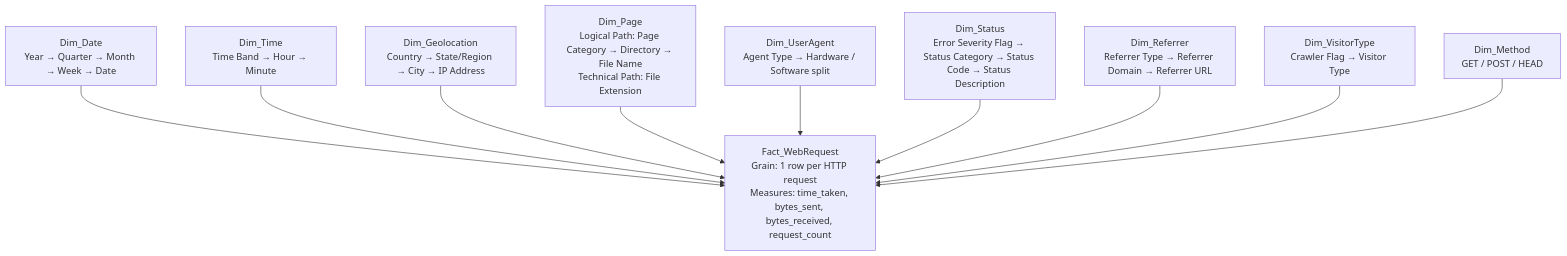
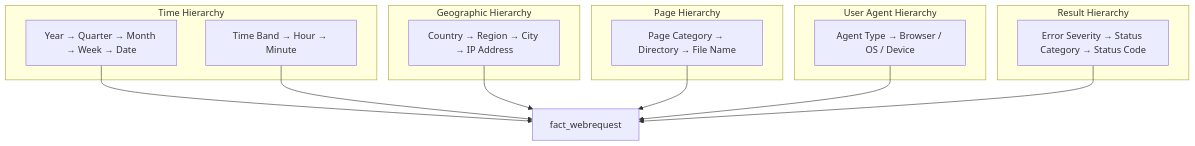
The eighth of 8 diagrams in README.md (AhmedIkram05/w3c-etl-pipeline), drawn with Mermaid before and after one commit. The commit also changed other lines of this file, not shown here.

````diff
--- a/README.md
+++ b/README.md
@@ -151,24 +370,32 @@
 ```mermaid
 graph TD
-    fact["Fact_WebRequest<br/>Grain: 1 row per HTTP request<br/>Measures: time_taken, bytes_sent, bytes_received, request_count"]
-
-    dim_date["Dim_Date<br/>Year → Quarter → Month → Week → Date"]
-    dim_time["Dim_Time<br/>Time Band → Hour → Minute"]
-    dim_geolocation["Dim_Geolocation<br/>Country → State/Region → City → IP Address"]
-    dim_page["Dim_Page<br/>Logical Path: Page Category → Directory → File Name<br/>Technical Path: File Extension"]
-    dim_useragent["Dim_UserAgent<br/>Agent Type → Hardware / Software split"]
-    dim_status["Dim_Status<br/>Error Severity Flag → Status Category → Status Code → Status Description"]
-    dim_referrer["Dim_Referrer<br/>Referrer Type → Referrer Domain → Referrer URL"]
-    dim_visitor["Dim_VisitorType<br/>Crawler Flag → Visitor Type"]
-    dim_method["Dim_Method<br/>GET / POST / HEAD"]
-
-    dim_date --> fact
-    dim_time --> fact
-    dim_geolocation --> fact
-    dim_page --> fact
-    dim_useragent --> fact
-    dim_status --> fact
-    dim_referrer --> fact
-    dim_visitor --> fact
-    dim_method --> fact
+    fact["fact_webrequest"]
+    
+    subgraph time["Time Hierarchy"]
+        d1_date["Year → Quarter → Month → Week → Date"]
+        d1_time["Time Band → Hour → Minute"]
+    end
+    
+    subgraph geo["Geographic Hierarchy"]
+        d2["Country → Region → City → IP Address"]
+    end
+    
+    subgraph page["Page Hierarchy"]
+        d3["Page Category → Directory → File Name"]
+    end
+    
+    subgraph agent["User Agent Hierarchy"]
+        d4["Agent Type → Browser / OS / Device"]
+    end
+    
+    subgraph result["Result Hierarchy"]
+        d5["Error Severity → Status Category → Status Code"]
+    end
+    
+    d1_date --> fact
+    d1_time --> fact
+    d2 --> fact
+    d3 --> fact
+    d4 --> fact
+    d5 --> fact
 ```
````
